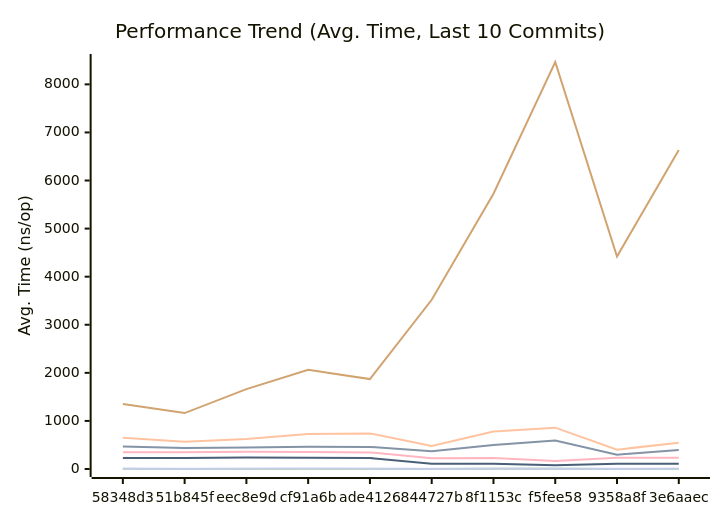
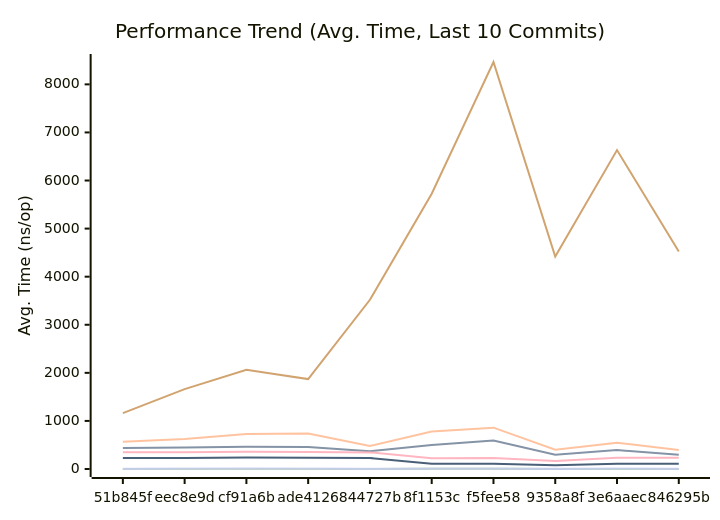
The first of 3 diagrams in docs/PERFORMANCE.md (alsotoes/momo), drawn with Mermaid before and after one commit. The commit also changed other lines of this file and 2 other files, not shown here.

````diff
--- a/docs/PERFORMANCE.md
+++ b/docs/PERFORMANCE.md
@@ -80,16 +80,16 @@
 ```mermaid
 xychart-beta
     title "Performance Trend (Avg. Time, Last 10 Commits)"
     x-axis "Commit"
     y-axis "Avg. Time (ns/op)"
-    x-axis [58348d3,51b845f,eec8e9d,cf91a6b,ade4126,844727b,8f1153c,f5fee58,9358a8f,3e6aaec]
-    line "CheckMetricsAndSwap" [14,11,11,15,13,10,15,14,8,11]
-    line "CrushOptimized" [466,437,449,463,458,370,501,592,298,393]
-    line "CrushOriginal" [650,568,624,726,740,478,781,860,403,545]
-    line "IndexDirectTracking" [1,0,0,1,1,0,1,1,0,0]
-    line "IndexSearch" [2,2,2,2,2,2,3,3,2,2]
-    line "LoadGlobalConfig" [1350,1163,1661,2063,1870,3519,5724,8465,4420,6633]
-    line "PadString" [3,2,3,3,3,2,3,3,2,3]
+    x-axis [51b845f,eec8e9d,cf91a6b,ade4126,844727b,8f1153c,f5fee58,9358a8f,3e6aaec,846295b]
+    line "CheckMetricsAndSwap" [11,11,15,13,10,15,14,8,11,8]
+    line "CrushOptimized" [437,449,463,458,370,501,592,298,393,297]
+    line "CrushOriginal" [568,624,726,740,478,781,860,403,545,396]
+    line "IndexDirectTracking" [0,0,1,1,0,1,1,0,0,0]
+    line "IndexSearch" [2,2,2,2,2,3,3,2,2,2]
+    line "LoadGlobalConfig" [1163,1661,2063,1870,3519,5724,8465,4420,6633,4524]
+    line "PadString" [2,3,3,3,2,3,3,2,3,2]
     line "ParseReplicationOrder_NoPrealloc" [350,349,357,354,345,225,229,165,232,234]
     line "ParseReplicationOrder_Prealloc" [229,231,237,234,229,108,107,80,110,109]
 ```
````
